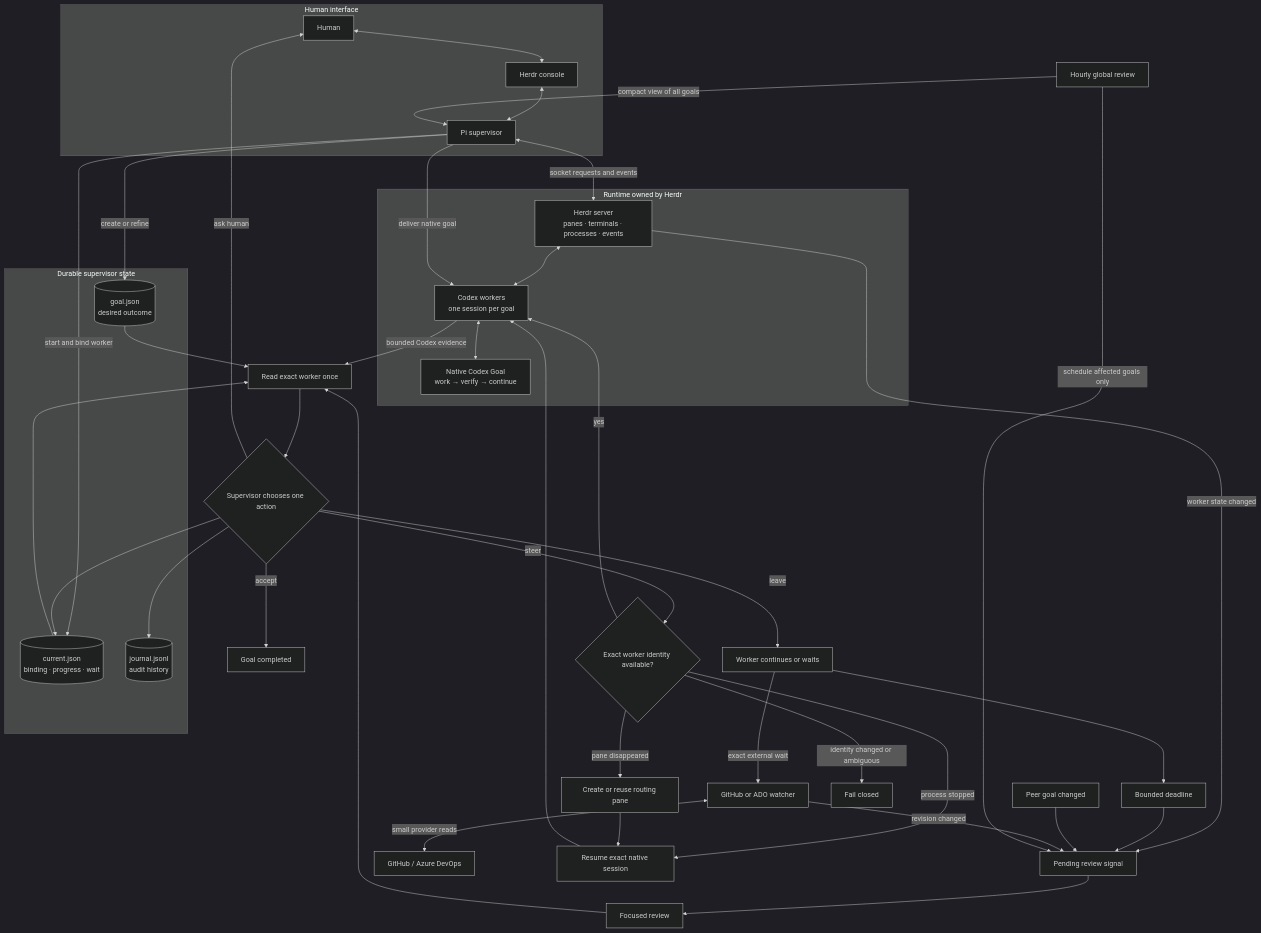
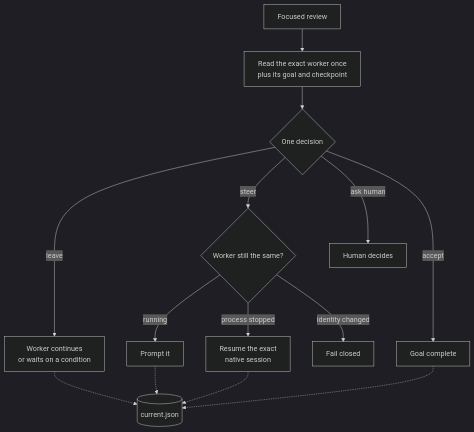
One commit to hao1939/herdr-supervisor changed the third of 3 diagrams in docs/design.md. Above: the diagram before and after it, drawn with Mermaid (dark theme). The commit also changed other lines of this file, not shown here.

Commit message:
docs: split architecture graph into three readable diagrams
One 40-line diagram with 25 nodes tried to show ownership, wake sources,
decisions, and recovery paths simultaneously. Hard to read.

Split into three, each answering one question:
- Who owns what (5 lines)
- What wakes the supervisor (7 lines)
- One review, one decision (14 lines)

````diff
--- a/docs/design.md
+++ b/docs/design.md
@@ -89,64 +128,18 @@
 ```mermaid
 flowchart TD
-    subgraph Human["Human interface"]
-        U[Human]
-        UI[Herdr console]
-        S[Pi supervisor]
-        U <--> UI
-        UI <--> S
-    end
+    R[Focused review] --> O["Read the exact worker once<br/>plus its goal and checkpoint"]
+    O --> D{One decision}
+    D -->|leave| L[Worker continues<br/>or waits on a condition]
+    D -->|steer| V{Worker still the same?}
+    D -->|ask human| U[Human decides]
+    D -->|accept| A[Goal complete]
 
-    subgraph Runtime["Runtime owned by Herdr"]
-        H[Herdr server<br/>panes · terminals · processes · events]
-        W[Codex workers<br/>one session per goal]
-        N[Native Codex Goal<br/>work → verify → continue]
-        H <--> W
-        W <--> N
-    end
+    V -->|running| P[Prompt it]
+    V -->|process stopped| RS[Resume the exact<br/>native session]
+    V -->|identity changed| X[Fail closed]
 
-    subgraph State["Durable supervisor state"]
-        G[(goal.json<br/>desired outcome)]
-        C[(current.json<br/>binding · progress · wait)]
-        J[(journal.jsonl<br/>audit history)]
-    end
-
-    S <-->|socket requests and events| H
-    S -->|create or refine| G
-    S -->|start and bind worker| C
-    S -->|deliver native goal| W
-
-    H -->|worker state changed| Q[Pending review signal]
-    T[Bounded deadline] --> Q
-    P[Peer goal changed] --> Q
-    E[GitHub or ADO watcher] -->|revision changed| Q
-
-    Q --> R[Focused review]
-    R --> O[Read exact worker once]
-    G --> O
-    C --> O
-    W -->|bounded Codex evidence| O
-
-    O --> D{Supervisor chooses one action}
-
-    D -->|leave| L[Worker continues or waits]
-    L --> T
-    L -->|exact external wait| E
-    E <-->|small provider reads| X[GitHub / Azure DevOps]
-
-    D -->|steer| V{Exact worker identity available?}
-    V -->|yes| W
-    V -->|process stopped| RS[Resume exact native session]
-    V -->|pane disappeared| RP[Create or reuse routing pane]
-    RP --> RS
-    RS --> W
-    V -->|identity changed or ambiguous| F[Fail closed]
-
-    D -->|ask human| U
-    D -->|accept| A[Goal completed]
-
-    D --> C
-    D --> J
-
-    GR[Hourly global review] -->|compact view of all goals| S
-    GR -->|schedule affected goals only| Q
+    L -.-> W[(current.json)]
+    P -.-> W
+    RS -.-> W
+    A -.-> W
 ```
````
